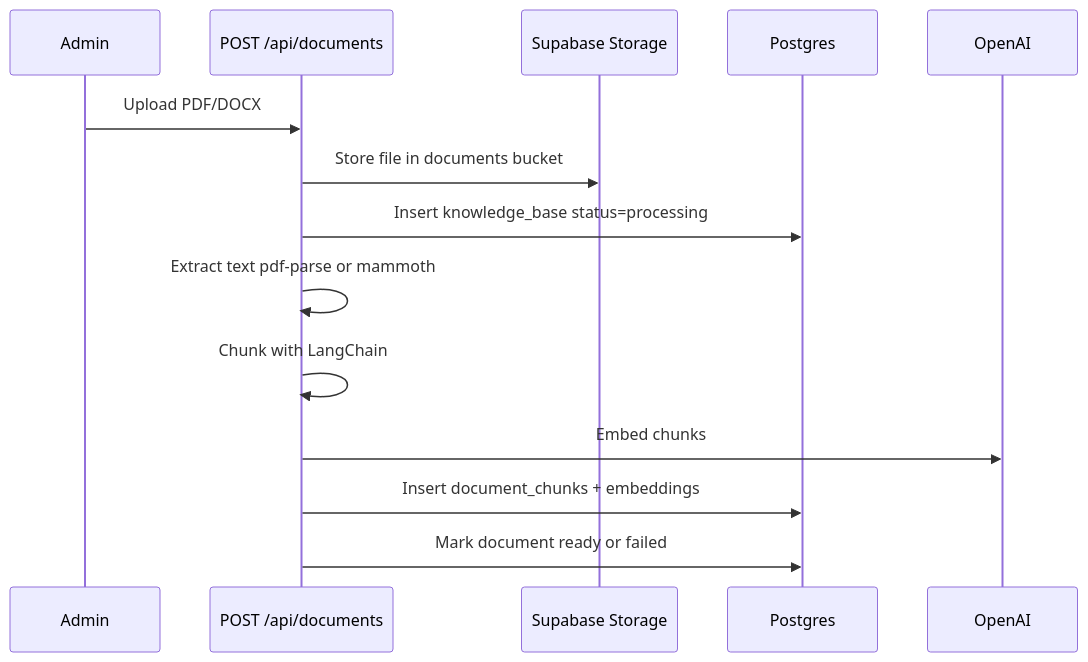
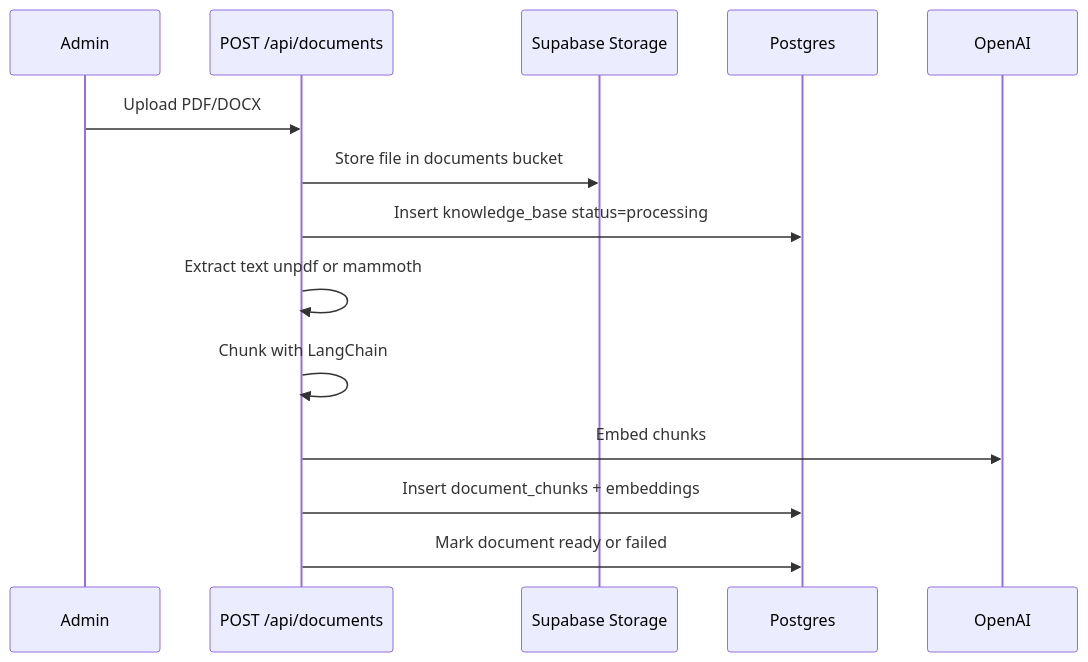
The second of 3 diagrams in DOCUMENTATION.md (Filza548/AI-Knowledge-Base-Assistant), drawn with Mermaid before and after one commit. The commit also changed other lines of this file and 6 other files, not shown here.

Commit message:
Fix PDF indexing on Vercel by switching to serverless-safe unpdf.

````diff
--- a/DOCUMENTATION.md
+++ b/DOCUMENTATION.md
@@ -153,17 +153,17 @@
 ```mermaid
 sequenceDiagram
   participant Admin
   participant API as POST /api/documents
   participant Storage as Supabase Storage
   participant DB as Postgres
   participant OpenAI
 
   Admin->>API: Upload PDF/DOCX
   API->>Storage: Store file in documents bucket
   API->>DB: Insert knowledge_base status=processing
-  API->>API: Extract text pdf-parse or mammoth
+  API->>API: Extract text unpdf or mammoth
   API->>API: Chunk with LangChain
   API->>OpenAI: Embed chunks
   API->>DB: Insert document_chunks + embeddings
   API->>DB: Mark document ready or failed
 ```
````
